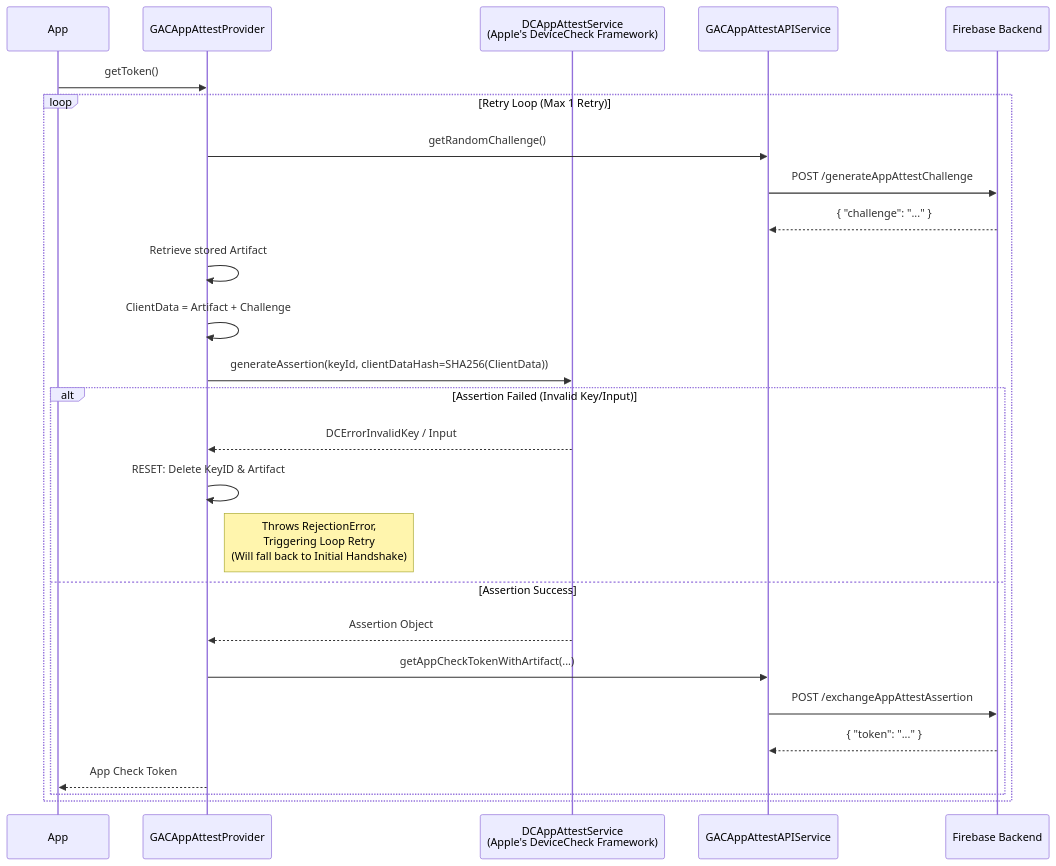
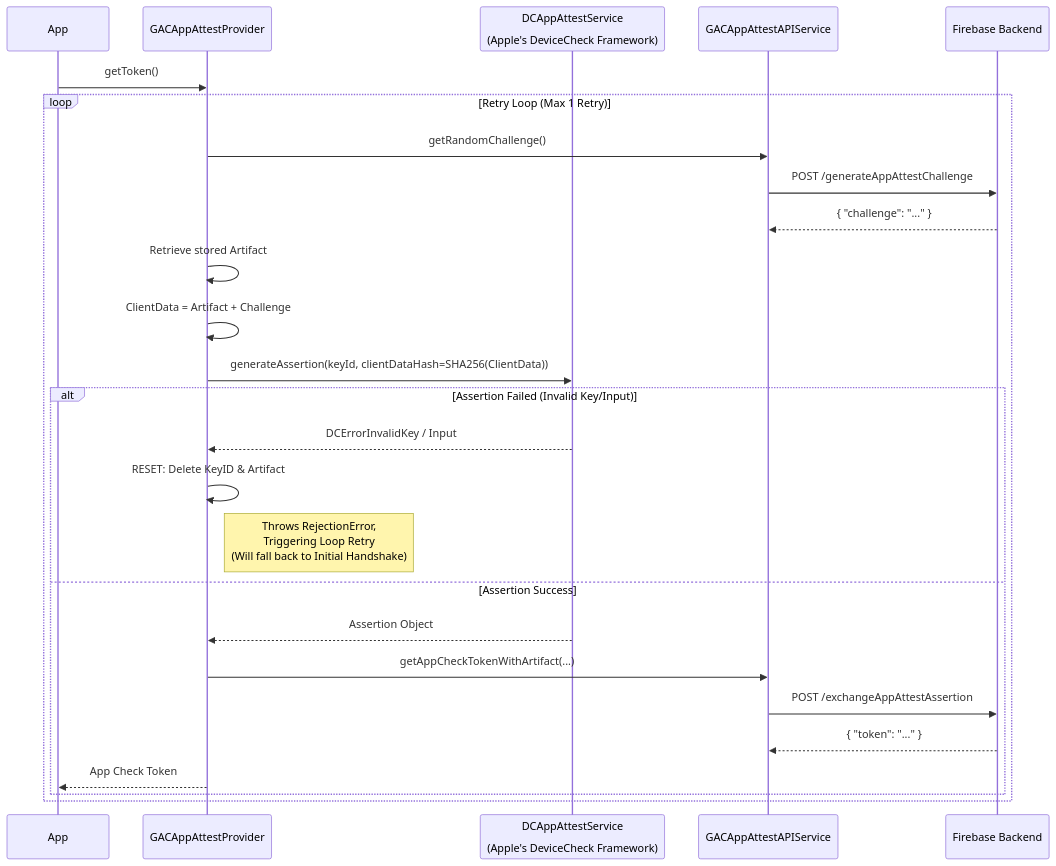
One commit to google/app-check changed the second of 4 diagrams in docs/providers.md. Above: the diagram before and after it, drawn with Mermaid. The commit also changed other lines of this file, not shown here.

````diff
--- a/docs/providers.md
+++ b/docs/providers.md
@@ -79,34 +79,34 @@
 ```mermaid
 sequenceDiagram
     participant App
     participant Provider as GACAppAttestProvider
-    participant Apple as DCAppAttestService<br/>(Apple's DeviceCheck Framework)
+    participant Apple as DCAppAttestService<br/><br/>(Apple's DeviceCheck Framework)
     participant API as GACAppAttestAPIService
     participant Backend as Firebase Backend
 
     App->>Provider: getToken()
     
     loop Retry Loop (Max 1 Retry)
         Provider->>API: getRandomChallenge()
         API->>Backend: POST /generateAppAttestChallenge
         Backend-->>API: { "challenge": "..." }
 
         Provider->>Provider: Retrieve stored Artifact
         Provider->>Provider: ClientData = Artifact + Challenge
         Provider->>Apple: generateAssertion(keyId, clientDataHash=SHA256(ClientData))
         
         alt Assertion Failed (Invalid Key/Input)
             Apple-->>Provider: DCErrorInvalidKey / Input
             Provider->>Provider: RESET: Delete KeyID & Artifact
             Note right of Provider: Throws RejectionError,<br/>Triggering Loop Retry<br/>(Will fall back to Initial Handshake)
         else Assertion Success
             Apple-->>Provider: Assertion Object
             
             Provider->>API: getAppCheckTokenWithArtifact(...)
             API->>Backend: POST /exchangeAppAttestAssertion
             Backend-->>API: { "token": "..." }
             
             Provider-->>App: App Check Token
         end
     end
 ```
````
